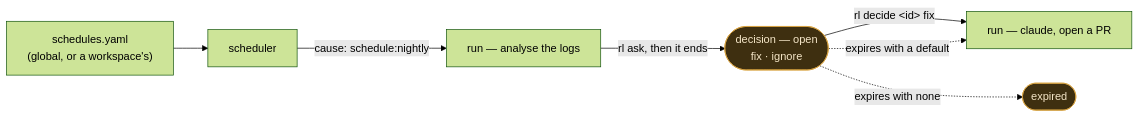
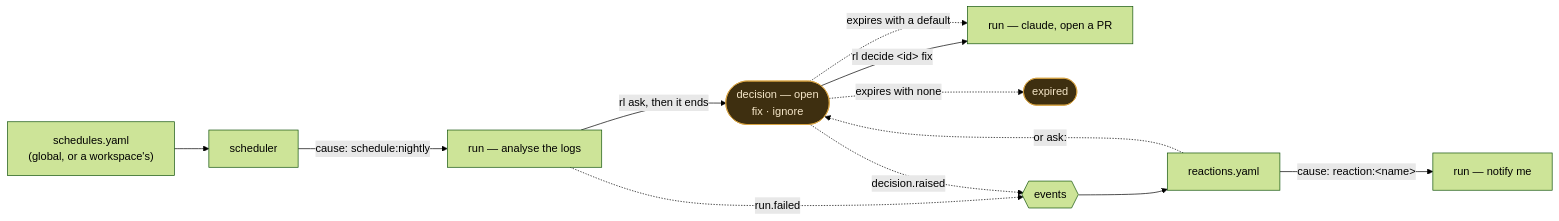
The sixth of 6 diagrams in docs/ARCHITECTURE.md (instilled/relay), drawn with Mermaid (forest theme) before and after one commit. The commit also changed other lines of this file and 27 other files, not shown here.

Commit message:
Reactions: reactions.yaml, rl on, rl react; events become runs and questions (#17)

````diff
--- a/docs/ARCHITECTURE.md
+++ b/docs/ARCHITECTURE.md
@@ -245,12 +249,18 @@
 ```mermaid
 flowchart LR
     file["schedules.yaml<br/>(global, or a workspace's)"] --> sched["scheduler"]
     sched -->|"cause: schedule:nightly"| run1["run — analyse the logs"]
     run1 -->|"rl ask, then it ends"| q(["decision — open<br/>fix · ignore"])
     q -->|"rl decide &lt;id&gt; fix"| run2["run — claude, open a PR"]
     q -.->|"expires with a default"| run2
     q -.->|"expires with none"| gone(["expired"])
 
+    run1 -.->|"run.failed"| ev{{"events"}}
+    q -.->|"decision.raised"| ev
+    ev --> rules["reactions.yaml"]
+    rules -->|"cause: reaction:&lt;name&gt;"| run3["run — notify me"]
+    rules -.->|"or ask:"| q
+
     classDef q fill:#3e2f10,stroke:#d9a441,color:#f5e6c8
     class q,gone q
 ```
````
